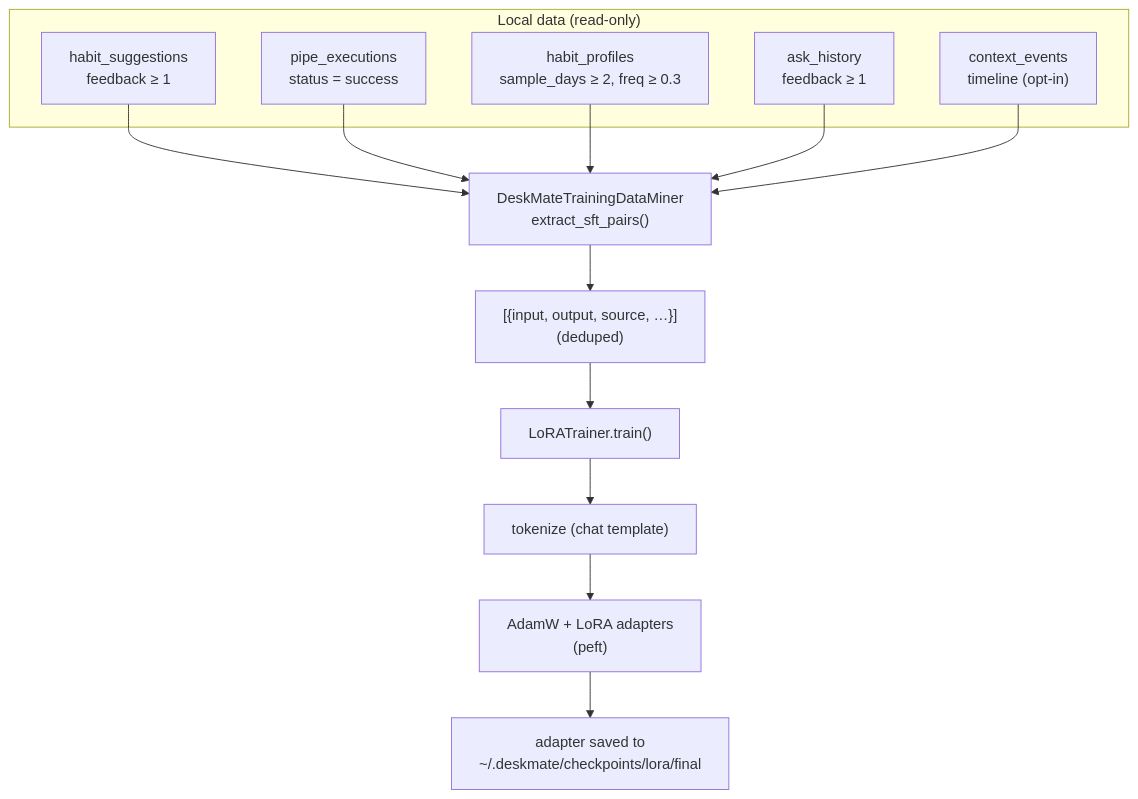
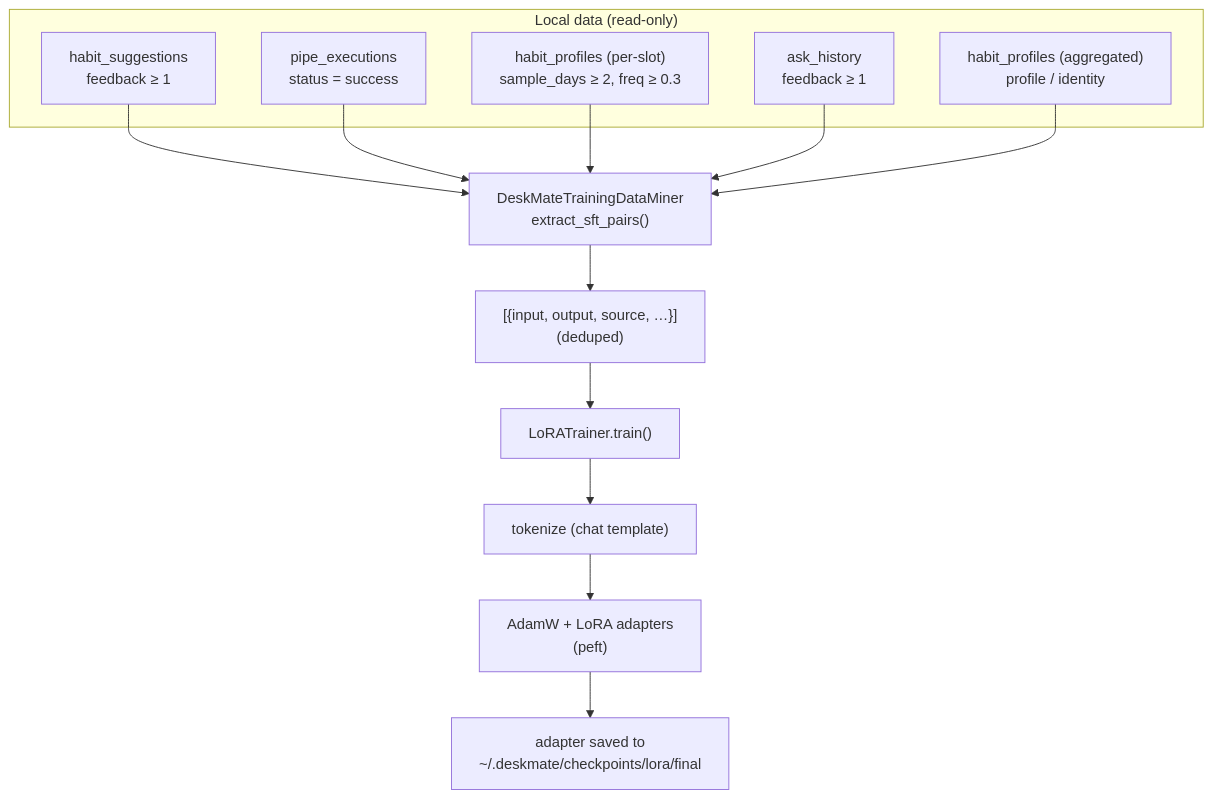
Before and after one commit to zhaohb/deskmate: the diagram in docs/16-learning-training.md, drawn with Mermaid. The commit also changed other lines of this file and 12 other files, not shown here.

````diff
--- a/docs/16-learning-training.md
+++ b/docs/16-learning-training.md
@@ -25,16 +25,16 @@
 ```mermaid
 flowchart TB
     subgraph Sources["Local data (read-only)"]
         HS["habit_suggestions<br/>feedback ≥ 1"]
         PE["pipe_executions<br/>status = success"]
-        BH["habit_profiles<br/>sample_days ≥ 2, freq ≥ 0.3"]
+        BH["habit_profiles (per-slot)<br/>sample_days ≥ 2, freq ≥ 0.3"]
         AK["ask_history<br/>feedback ≥ 1"]
-        CE["context_events<br/>timeline (opt-in)"]
+        PR["habit_profiles (aggregated)<br/>profile / identity"]
     end
-    HS & PE & BH & AK & CE --> MINER["DeskMateTrainingDataMiner<br/>extract_sft_pairs()"]
+    HS & PE & BH & AK & PR --> MINER["DeskMateTrainingDataMiner<br/>extract_sft_pairs()"]
     MINER --> PAIRS["[{input, output, source, …}]<br/>(deduped)"]
     PAIRS --> TRAINER["LoRATrainer.train()"]
     TRAINER --> TOK["tokenize (chat template)"]
     TOK --> FIT["AdamW + LoRA adapters<br/>(peft)"]
     FIT --> ADP["adapter saved to<br/>~/.deskmate/checkpoints/lora/final"]
 ```
````
